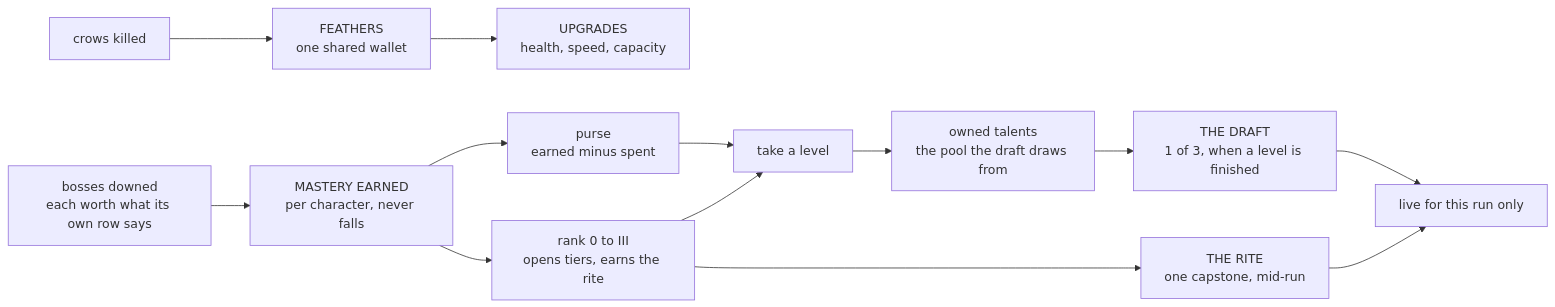
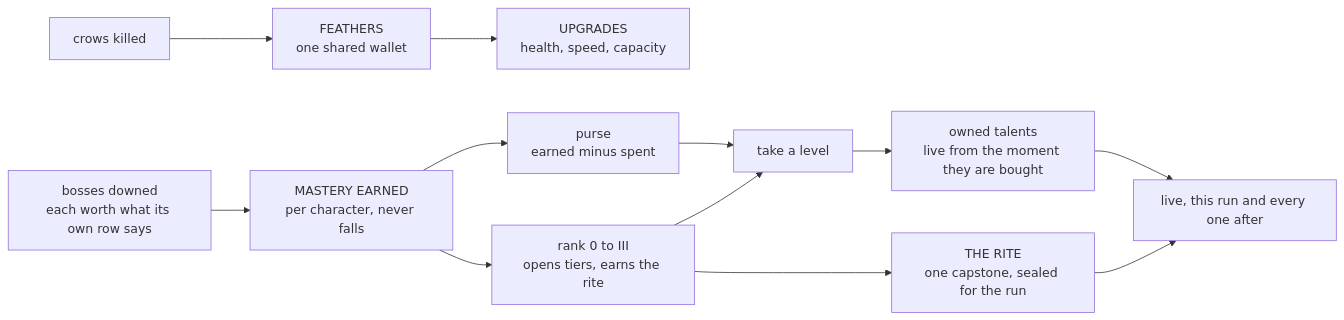
One commit to MrBisonte/crow-archer changed the first of 3 diagrams in docs/talents.md. Above: the diagram before and after it, drawn with Mermaid. The commit also changed other lines of this file and 44 other files, not shown here.

````diff
--- a/docs/talents.md
+++ b/docs/talents.md
@@ -32,15 +32,14 @@
 ```mermaid
 flowchart LR
     kills["crows killed"] --> feathers["FEATHERS\none shared wallet"]
     feathers --> upg["UPGRADES\nhealth, speed, capacity"]
     bosses["bosses downed\neach worth what its own row says"] --> mastery["MASTERY EARNED\nper character, never falls"]
     mastery --> rank["rank 0 to III\nopens tiers, earns the rite"]
     mastery --> purse["purse\nearned minus spent"]
     purse --> buy["take a level"]
     rank --> buy
-    buy --> owned["owned talents\nthe pool the draft draws from"]
-    owned --> draft["THE DRAFT\n1 of 3, when a level is finished"]
-    rank --> riteScr["THE RITE\none capstone, mid-run"]
-    draft --> live["live for this run only"]
+    buy --> owned["owned talents\nlive from the moment they are bought"]
+    rank --> riteScr["THE RITE\none capstone, sealed for the run"]
+    owned --> live["live, this run and every one after"]
     riteScr --> live
 ```
````
